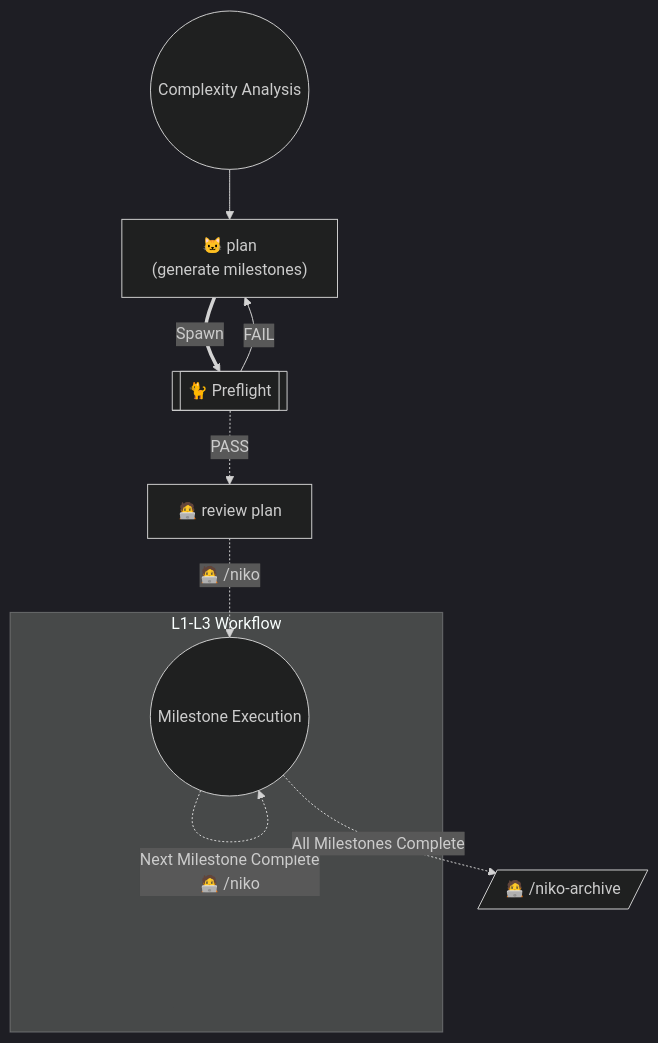
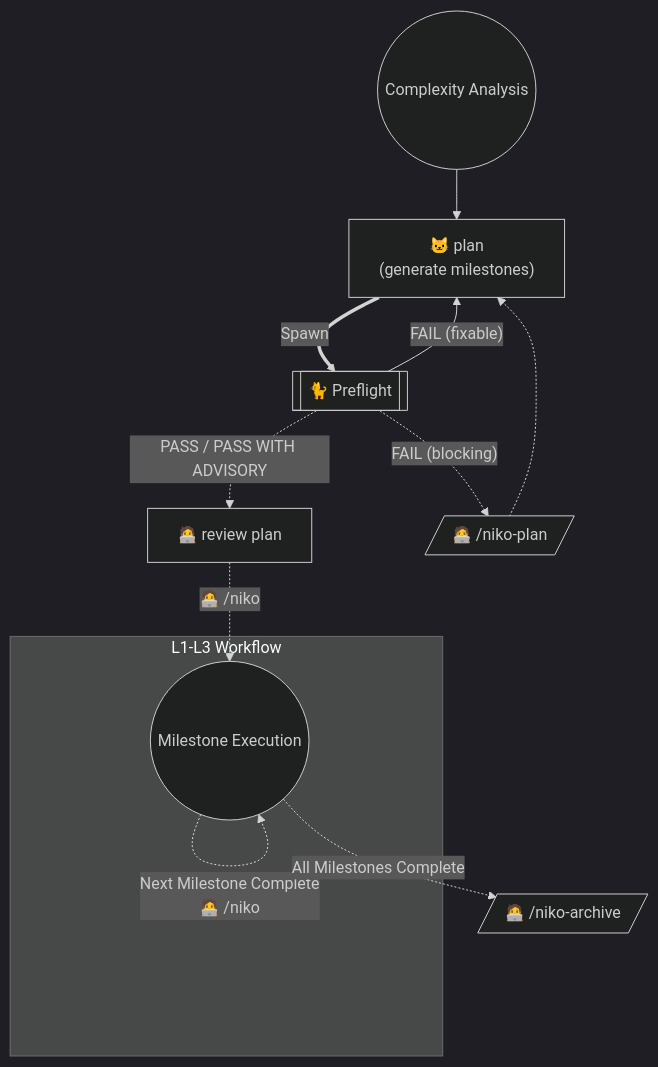
One commit to Texarkanine/devblog changed the diagram in .cursor/skills/shared/niko/references/level4/level4-workflow.md. Above: the diagram before and after it, drawn with Mermaid (dark theme). The commit also changed 8 other files, not shown here.

````diff
--- a/.cursor/skills/shared/niko/references/level4/level4-workflow.md
+++ b/.cursor/skills/shared/niko/references/level4/level4-workflow.md
@@ -9,13 +9,15 @@
 ```mermaid
 graph TD
     Start(("Complexity Analysis")) --> NikoPlan["🐱 plan<br>(generate milestones)"]
     NikoPlan ==Spawn==> NikoPreflight[["🐈 Preflight"]]
-    NikoPreflight -->|"FAIL"| NikoPlan
-    NikoPreflight -.->|"PASS"| ManualReview["🧑‍💻 review plan"]
+    NikoPreflight -.->|"PASS / PASS WITH ADVISORY"| ManualReview["🧑‍💻 review plan"]
+    NikoPreflight -->|"FAIL (fixable)"| NikoPlan
+    NikoPreflight -.->|"FAIL (blocking)"| ManualPlan[/"🧑‍💻 /niko-plan"/]
+    ManualPlan -.-> NikoPlan
     ManualReview -.->|"🧑‍💻 /niko"| Niko
     subgraph SubWorkflow["L1-L3 Workflow"]
         Niko(("Milestone Execution"))
         Niko -.->|"Next Milestone Complete<br>🧑‍💻 /niko"| Niko
     end
     Niko -.->|"All Milestones Complete"| NikoArchive[/"🧑‍💻 /niko-archive"/]
 ```
````
